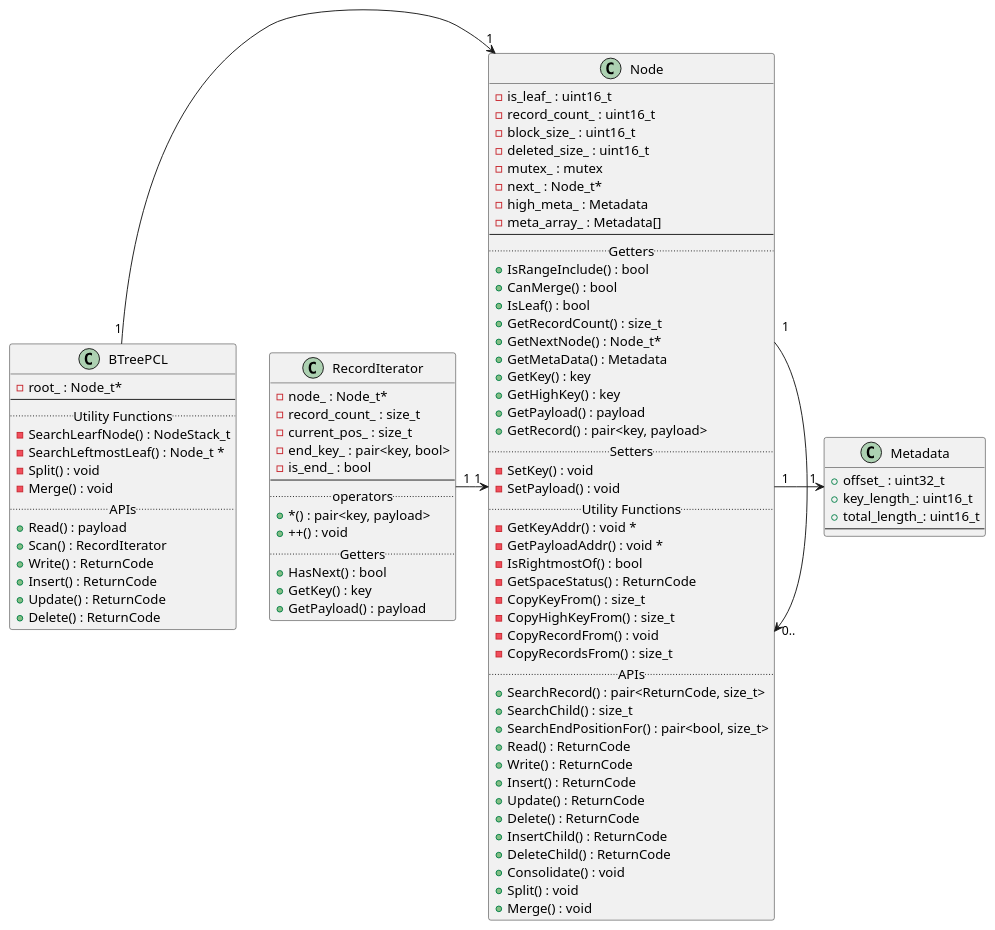
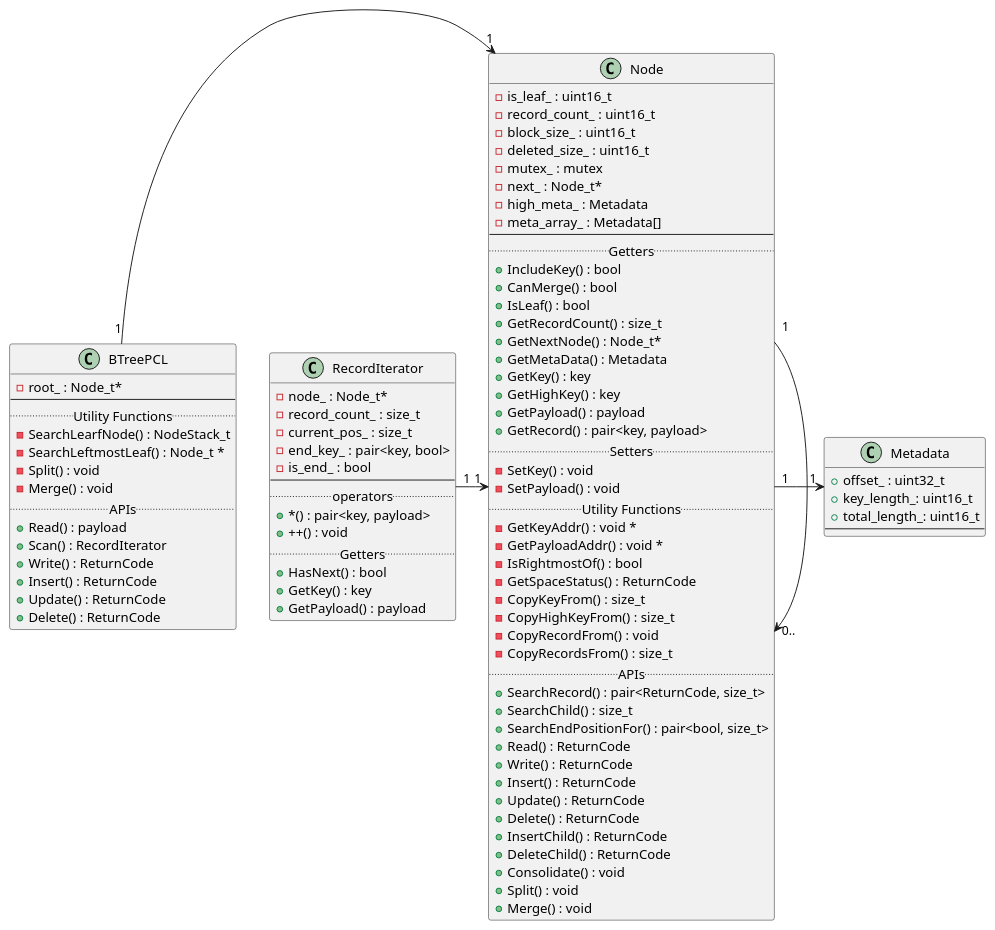
Before and after one commit to dbgroup-nagoya-u/b-tree: the diagram in design_doc/figures/src/b_tree_pcl_class.wsd, drawn with PlantUML. The commit also changed 5 other files, not shown here.

```diff
--- a/design_doc/figures/src/b_tree_pcl_class.wsd
+++ b/design_doc/figures/src/b_tree_pcl_class.wsd
@@ -1,97 +1,97 @@
 @startuml
 
 class BTreePCL{
   -root_ : Node_t*
 --
 .. Utility Functions ..
   -SearchLearfNode() : NodeStack_t
   -SearchLeftmostLeaf() : Node_t *
   -Split() : void
   -Merge() : void
 .. APIs ..
   +Read() : payload
   +Scan() : RecordIterator
   +Write() : ReturnCode
   +Insert() : ReturnCode
   +Update() : ReturnCode
   +Delete() : ReturnCode
 }
 
 class Node{
   -is_leaf_ : uint16_t
   -record_count_ : uint16_t
   -block_size_ : uint16_t
   -deleted_size_ : uint16_t
   -mutex_ : mutex
   -next_ : Node_t*
   -high_meta_ : Metadata
   -meta_array_ : Metadata[]
 --
 .. Getters ..
-  +IsRangeInclude() : bool
+  +IncludeKey() : bool
   +CanMerge() : bool
   +IsLeaf() : bool
   +GetRecordCount() : size_t
   +GetNextNode() : Node_t*
   +GetMetaData() : Metadata
   +GetKey() : key
   +GetHighKey() : key
   +GetPayload() : payload
   +GetRecord() : pair<key, payload>
 .. Setters ..
   -SetKey() : void
   -SetPayload() : void
 .. Utility Functions ..
   -GetKeyAddr() : void *
   -GetPayloadAddr() : void *
   -IsRightmostOf() : bool
   -GetSpaceStatus() : ReturnCode
   -CopyKeyFrom() : size_t
   -CopyHighKeyFrom() : size_t
   -CopyRecordFrom() : void
   -CopyRecordsFrom() : size_t
 .. APIs ..
   +SearchRecord() : pair<ReturnCode, size_t>
   +SearchChild() : size_t
   +SearchEndPositionFor() : pair<bool, size_t>
   +Read() : ReturnCode
   +Write() : ReturnCode
   +Insert() : ReturnCode
   +Update() : ReturnCode
   +Delete() : ReturnCode
   +InsertChild() : ReturnCode
   +DeleteChild() : ReturnCode
   +Consolidate() : void
   +Split() : void
   +Merge() : void
 }
 
 class Metadata{
   +offset_ : uint32_t
   +key_length_: uint16_t
   +total_length_: uint16_t
 --
 }
 
 class RecordIterator{
   -node_ : Node_t*
   -record_count_ : size_t
   -current_pos_ : size_t
   -end_key_ : pair<key, bool>
   -is_end_ : bool
 --
 .. operators ..
   + *() : pair<key, payload>
   + ++() : void
 .. Getters ..
   +HasNext() : bool
   +GetKey() : key
   +GetPayload() : payload
 }
 
 BTreePCL "1" -> "1" Node
 Node "1" -> "1" Metadata
 Node "1" -> "0.." Node
 RecordIterator "1" -> "1" Node
 
 @enduml
```
